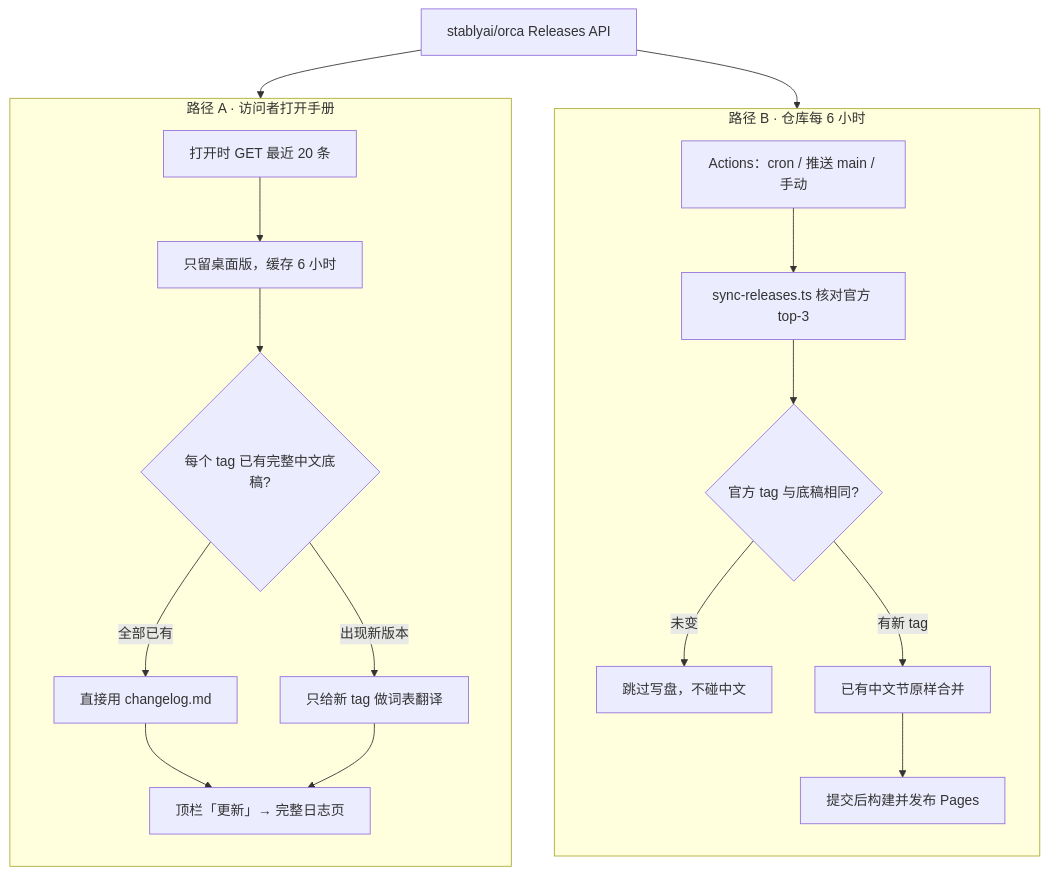
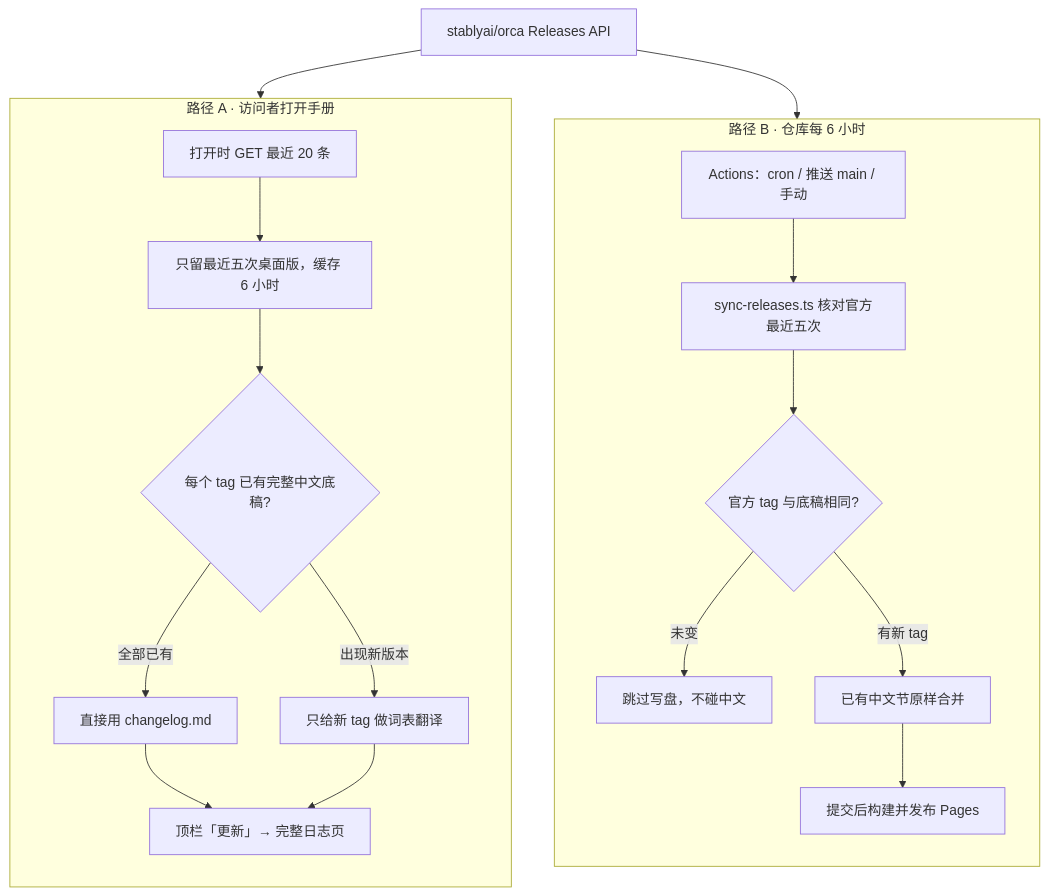
One commit to gradient30/orca-ade changed the second of 2 diagrams in src/content/zh/architecture.md. Above: the diagram before and after it, drawn with Mermaid. The commit also changed other lines of this file and 13 other files, not shown here.

````diff
--- a/src/content/zh/architecture.md
+++ b/src/content/zh/architecture.md
@@ -47,26 +47,26 @@
 ```mermaid
 flowchart TB
   GH["stablyai/orca Releases API"]
 
   subgraph B["路径 A · 访问者打开手册"]
     direction TB
-    B1["打开时 GET 最近 20 条"] --> B2["只留桌面版，缓存 6 小时"]
+    B1["打开时 GET 最近 20 条"] --> B2["只留最近五次桌面版，缓存 6 小时"]
     B2 --> B4{"每个 tag 已有完整中文底稿?"}
     B4 -->|全部已有| B5["直接用 changelog.md"]
     B4 -->|出现新版本| B6["只给新 tag 做词表翻译"]
     B5 --> B7["顶栏「更新」→ 完整日志页"]
     B6 --> B7
   end
 
   subgraph C["路径 B · 仓库每 6 小时"]
     direction TB
-    C1["Actions：cron / 推送 main / 手动"] --> C2["sync-releases.ts 核对官方 top-3"]
+    C1["Actions：cron / 推送 main / 手动"] --> C2["sync-releases.ts 核对官方最近五次"]
     C2 --> C3{"官方 tag 与底稿相同?"}
     C3 -->|未变| C4["跳过写盘，不碰中文"]
     C3 -->|有新 tag| C5["已有中文节原样合并"]
     C5 --> C6["提交后构建并发布 Pages"]
   end
 
   GH --> B
   GH --> C
 ```
````
